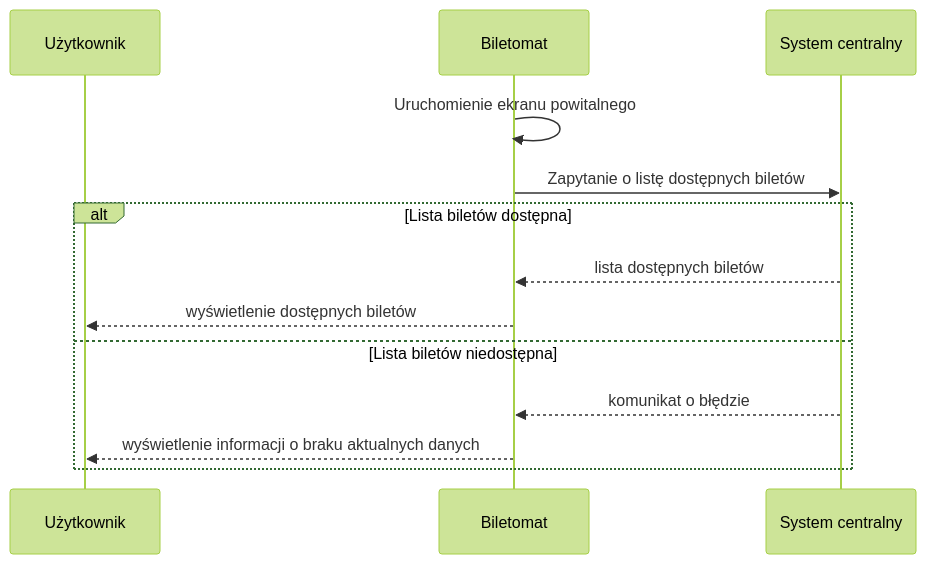
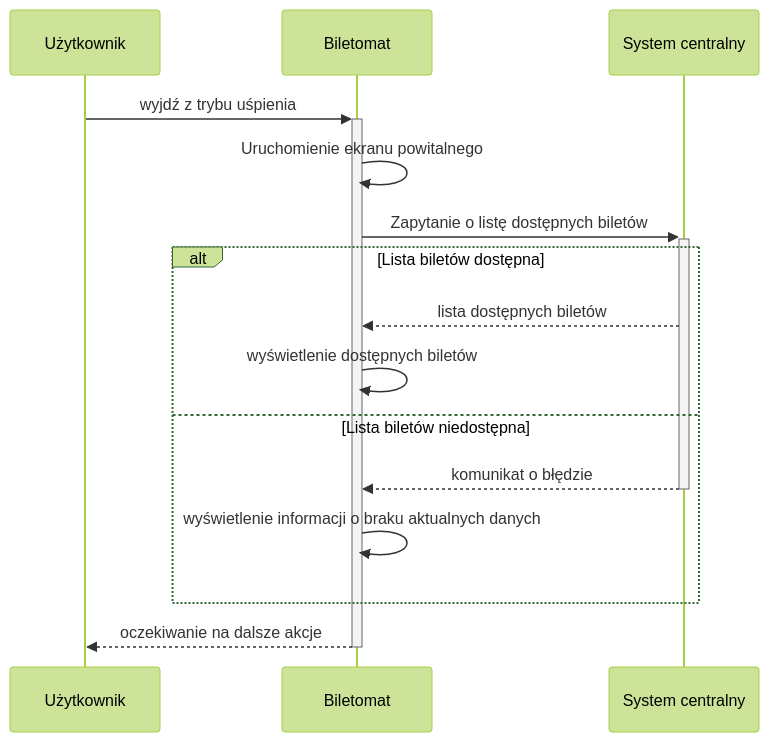
One commit to pilukal/MWO changed the fourth of 9 diagrams in biletomat.md. Above: the diagram before and after it, drawn with Mermaid (forest theme).

````diff
--- a/biletomat.md
+++ b/biletomat.md
@@ -168,18 +168,18 @@
 ```mermaid
 sequenceDiagram
- 
     PARTICIPANT USER AS Użytkownik
     PARTICIPANT BI AS Biletomat
     PARTICIPANT CS AS System centralny
 
+    USER ->>+ BI: wyjdź z trybu uśpienia
     BI->>BI: Uruchomienie ekranu powitalnego
-    BI->>CS: Zapytanie o listę dostępnych biletów
+    BI->>+CS: Zapytanie o listę dostępnych biletów
     ALT Lista biletów dostępna
     CS-->>BI: lista dostępnych biletów
-    BI-->>USER: wyświetlenie dostępnych biletów
+    BI->>BI: wyświetlenie dostępnych biletów
     ELSE Lista biletów niedostępna
-    CS-->>BI: komunikat o błędzie
-    BI-->>USER: wyświetlenie informacji o braku aktualnych danych
+    CS-->>-BI: komunikat o błędzie
+    BI->>BI: wyświetlenie informacji o braku aktualnych danych
     END
-
+    BI-->>-USER:oczekiwanie na dalsze akcje
 ```
````
